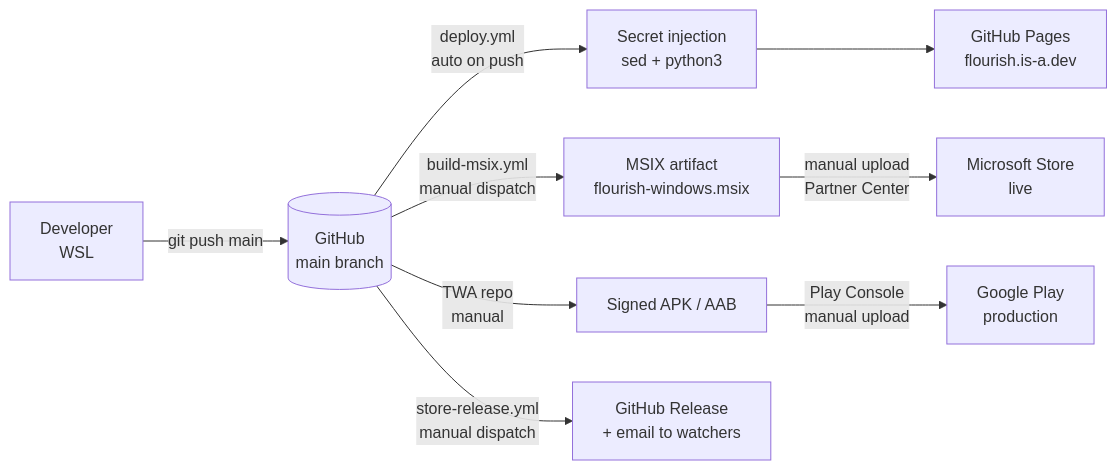
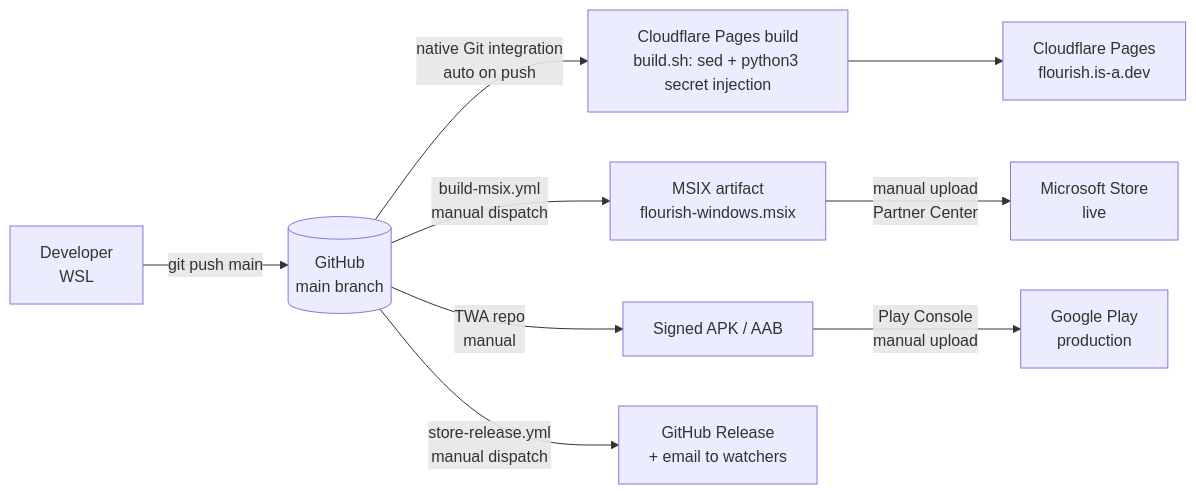
Before and after one commit to joyfulmake/health-saver-app: the fourth of 4 diagrams in ARCHITECTURE.md, drawn with Mermaid. The commit also changed other lines of this file and 5 other files, not shown here.

First line of the commit message:
chore: retire broken Actions/wrangler deploy in favor of Cloudflare Pages native Git integration

````diff
--- a/ARCHITECTURE.md
+++ b/ARCHITECTURE.md
@@ -157,15 +157,15 @@
 ```mermaid
 flowchart LR
     Dev[Developer\nWSL] -->|git push main| GH[(GitHub\nmain branch)]
 
-    GH -->|deploy.yml\nauto on push| INJ[Secret injection\nsed + python3]
-    INJ --> Pages[GitHub Pages\nflourish.is-a.dev]
+    GH -->|native Git integration\nauto on push| CFP[Cloudflare Pages build\nbuild.sh: sed + python3 secret injection]
+    CFP --> Pages[Cloudflare Pages\nflourish.is-a.dev]
 
     GH -->|build-msix.yml\nmanual dispatch| MSIX[MSIX artifact\nflourish-windows.msix]
     MSIX -->|manual upload\nPartner Center| MS[Microsoft Store\nlive]
 
     GH -->|TWA repo\nmanual| APK[Signed APK / AAB]
     APK -->|Play Console\nmanual upload| GP[Google Play\nproduction]
 
     GH -->|store-release.yml\nmanual dispatch| REL[GitHub Release\n+ email to watchers]
 ```
````
